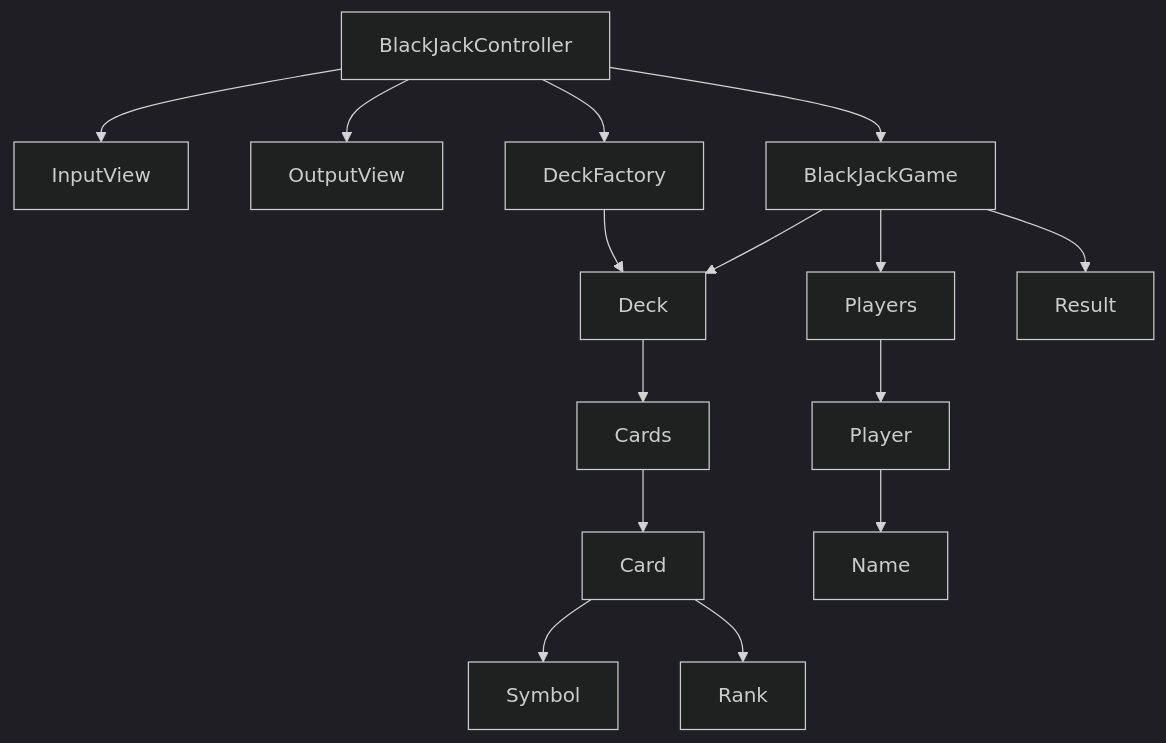
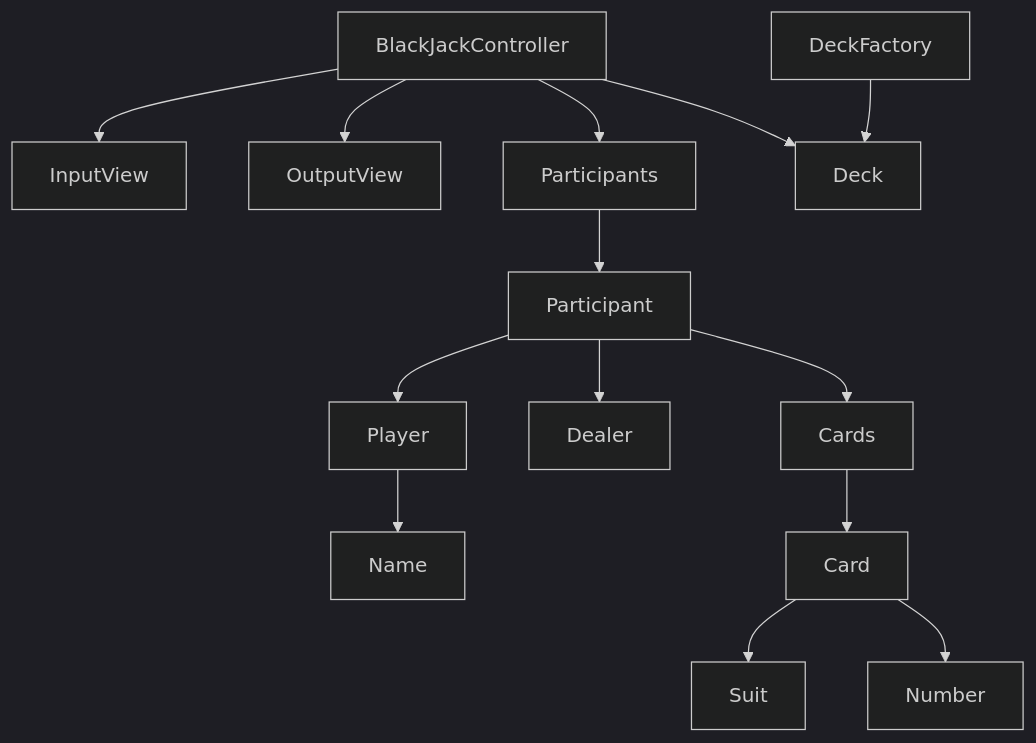
One commit to woowacourse/java-blackjack changed the diagram in README.md. Above: the diagram before and after it, drawn with Mermaid (dark theme). The commit also changed other lines of this file, not shown here.

Commit message:
docs: 기능 구현 목록 수정

````diff
--- a/README.md
+++ b/README.md
@@ -24,17 +24,16 @@
 ```mermaid
 graph TD
     BlackJackController --> InputView
     BlackJackController --> OutputView
-    BlackJackController --> BlackJackGame
-    BlackJackController --> DeckFactory
+    BlackJackController --> Participants
+    BlackJackController --> Deck
+    Participants --> Participant
+    Participant --> Player
+    Participant --> Dealer
+    Participant --> Cards
+    Player --> Name
     DeckFactory --> Deck
-    BlackJackGame --> Players
-    BlackJackGame --> Deck
-    BlackJackGame --> Result
-    Deck --> Cards
     Cards --> Card
-    Card --> Symbol
-    Card --> Rank
-    Players --> Player
-    Player --> Name
+    Card --> Suit
+    Card --> Number
 ```
````
